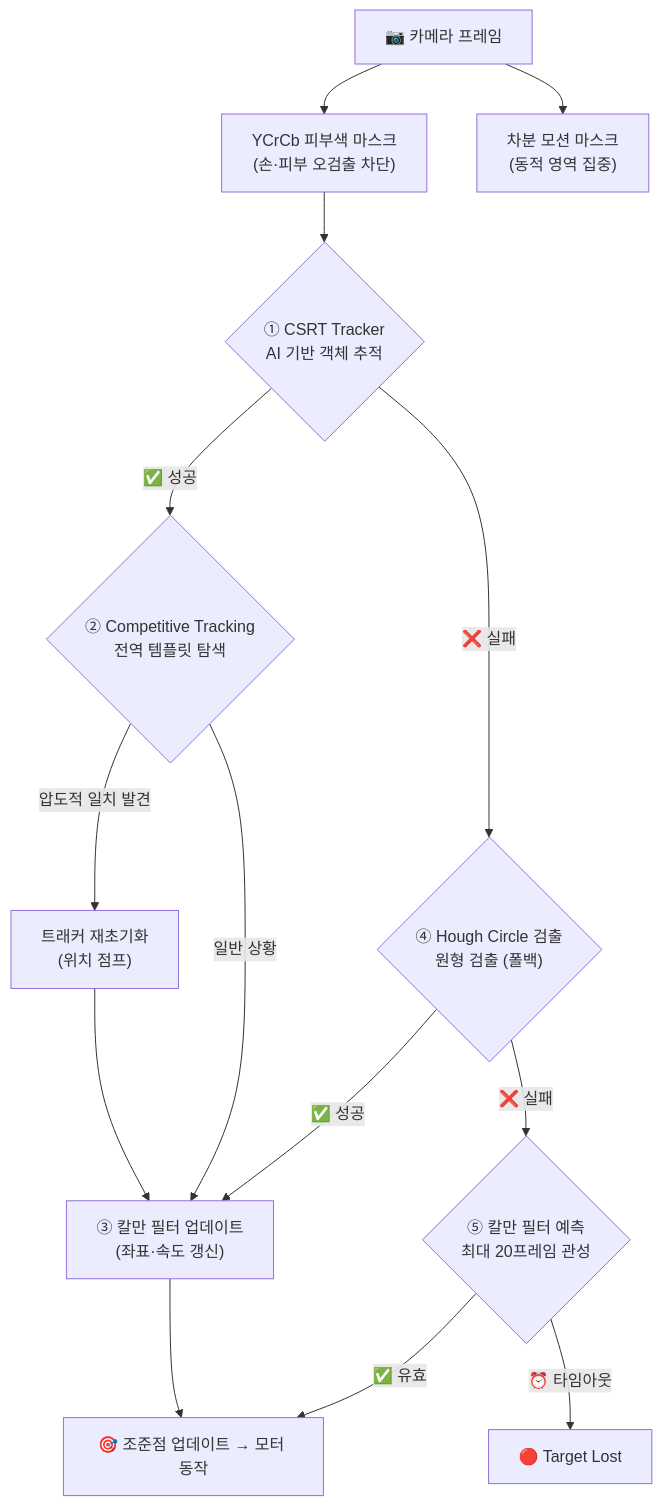
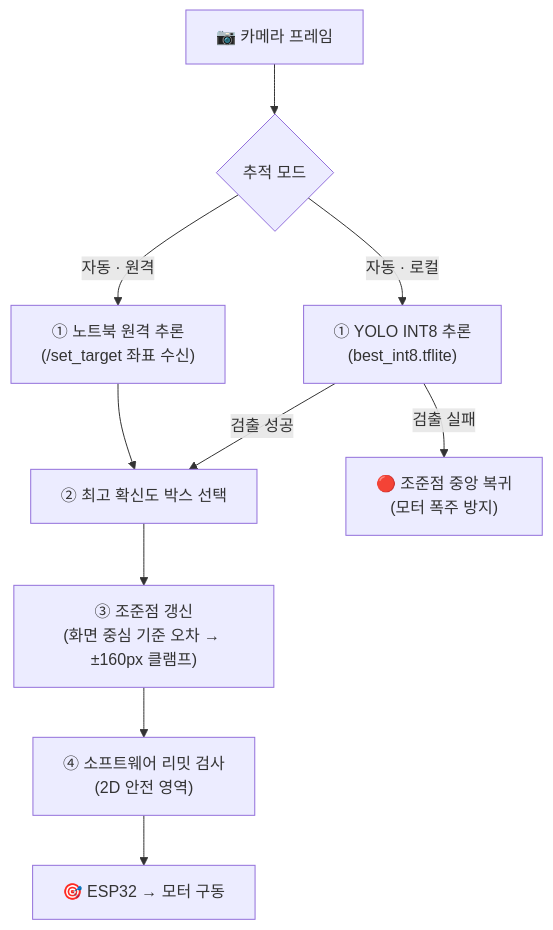
The second of 2 diagrams in README.md (lsk0522/AI_vision_tracker), drawn with Mermaid before and after one commit. The commit also changed other lines of this file and 67 other files, not shown here.

````diff
--- a/README.md
+++ b/README.md
@@ -119,22 +119,16 @@
 ```mermaid
 graph TD
-    Frame["📷 카메라 프레임"] --> Skin["YCrCb 피부색 마스크\n(손·피부 오검출 차단)"]
-    Frame --> Diff["차분 모션 마스크\n(동적 영역 집중)"]
+    Frame["📷 카메라 프레임"] --> Mode{"추적 모드"}
 
-    Skin --> CSRT{"① CSRT Tracker\nAI 기반 객체 추적"}
-    
-    CSRT -->|✅ 성공| Comp{"② Competitive Tracking\n전역 템플릿 탐색"}
-    Comp -->|압도적 일치 발견| Jump["트래커 재초기화\n(위치 점프)"]
-    Comp -->|일반 상황| Kalman["③ 칼만 필터 업데이트\n(좌표·속도 갱신)"]
-    Jump --> Kalman
-    
-    CSRT -->|❌ 실패| Hough{"④ Hough Circle 검출\n원형 검출 (폴백)"}
-    
-    Hough -->|✅ 성공| Kalman
-    Hough -->|❌ 실패| Predict{"⑤ 칼만 필터 예측\n최대 20프레임 관성"}
+    Mode -->|자동 · 로컬| YOLO["① YOLO INT8 추론\n(best_int8.tflite)"]
+    Mode -->|자동 · 원격| Remote["① 노트북 원격 추론\n(/set_target 좌표 수신)"]
 
-    Predict -->|✅ 유효| Motor["🎯 조준점 업데이트 → 모터 동작"]
-    Predict -->|⏰ 타임아웃| Lost["🔴 Target Lost"]
+    YOLO -->|검출 성공| Best["② 최고 확신도 박스 선택"]
+    Remote --> Best
 
-    Kalman --> Motor
+    Best --> Aim["③ 조준점 갱신\n(화면 중심 기준 오차 → ±160px 클램프)"]
+    YOLO -->|검출 실패| Center["🔴 조준점 중앙 복귀\n(모터 폭주 방지)"]
+
+    Aim --> Limit["④ 소프트웨어 리밋 검사\n(2D 안전 영역)"]
+    Limit --> Motor["🎯 ESP32 → 모터 구동"]
 ```
````
